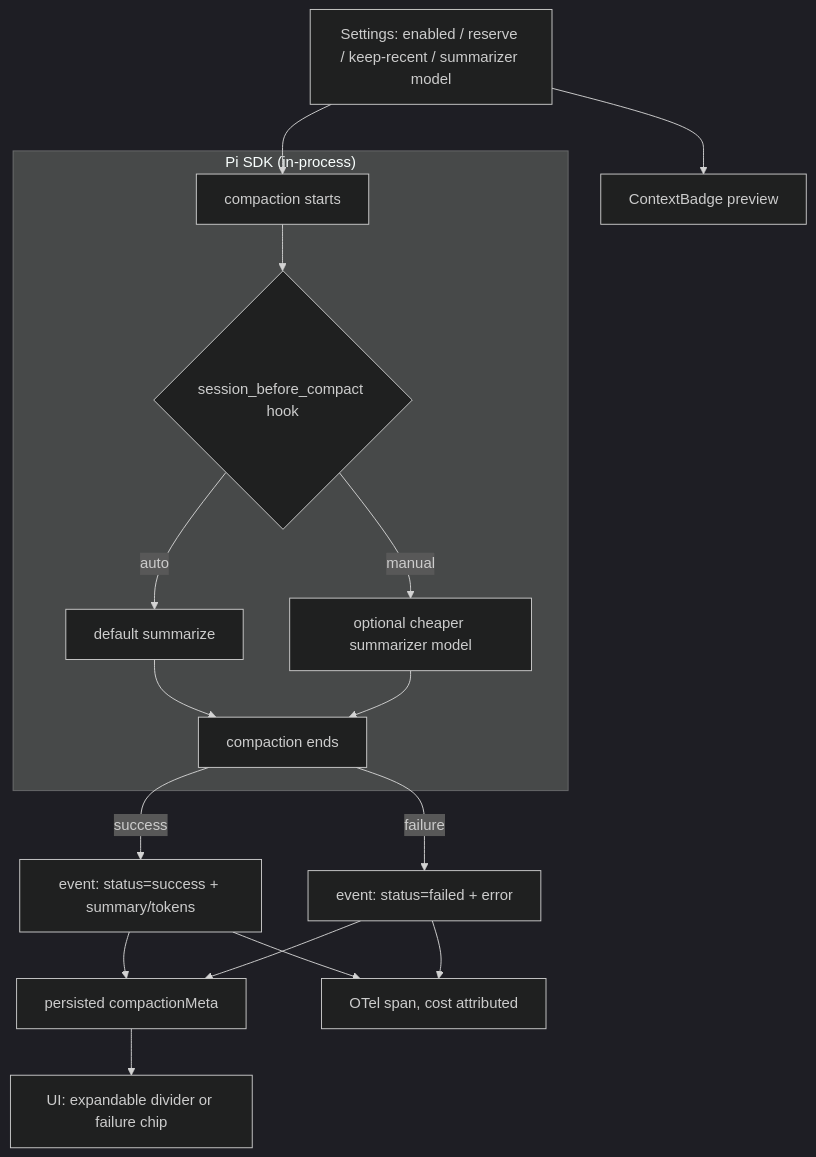
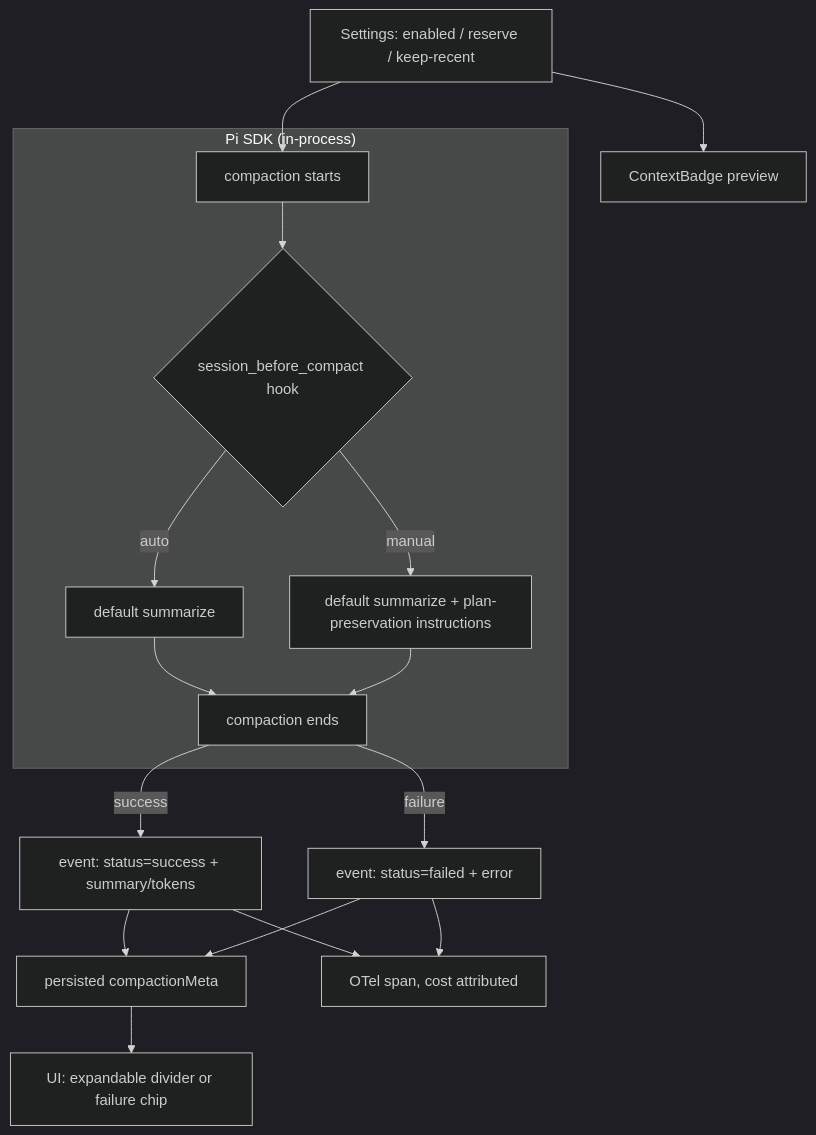
One commit to thehope2k/minimalist-agent changed the diagram in docs/COMPACTION.md. Above: the diagram before and after it, drawn with Mermaid (dark theme). The commit also changed other lines of this file and 5 other files, not shown here.

First line of the commit message:
refactor(compaction): remove summarizer-model override setting

````diff
--- a/docs/COMPACTION.md
+++ b/docs/COMPACTION.md
@@ -26,19 +26,19 @@
 ```mermaid
 flowchart TB
     subgraph SDK["Pi SDK (in-process)"]
         A[compaction starts] --> B{session_before_compact hook}
         B -->|auto| C[default summarize]
-        B -->|manual| D[optional cheaper summarizer model]
+        B -->|manual| D[default summarize + plan-preservation instructions]
         C --> E[compaction ends]
         D --> E
     end
     E -->|success| F[event: status=success + summary/tokens]
     E -->|failure| G[event: status=failed + error]
     F --> H[persisted compactionMeta]
     G --> H
     F --> J[OTel span, cost attributed]
     G --> J
     H --> K[UI: expandable divider or failure chip]
-    L[Settings: enabled / reserve / keep-recent / summarizer model] --> A
+    L[Settings: enabled / reserve / keep-recent] --> A
     L --> M[ContextBadge preview]
 ```
````
